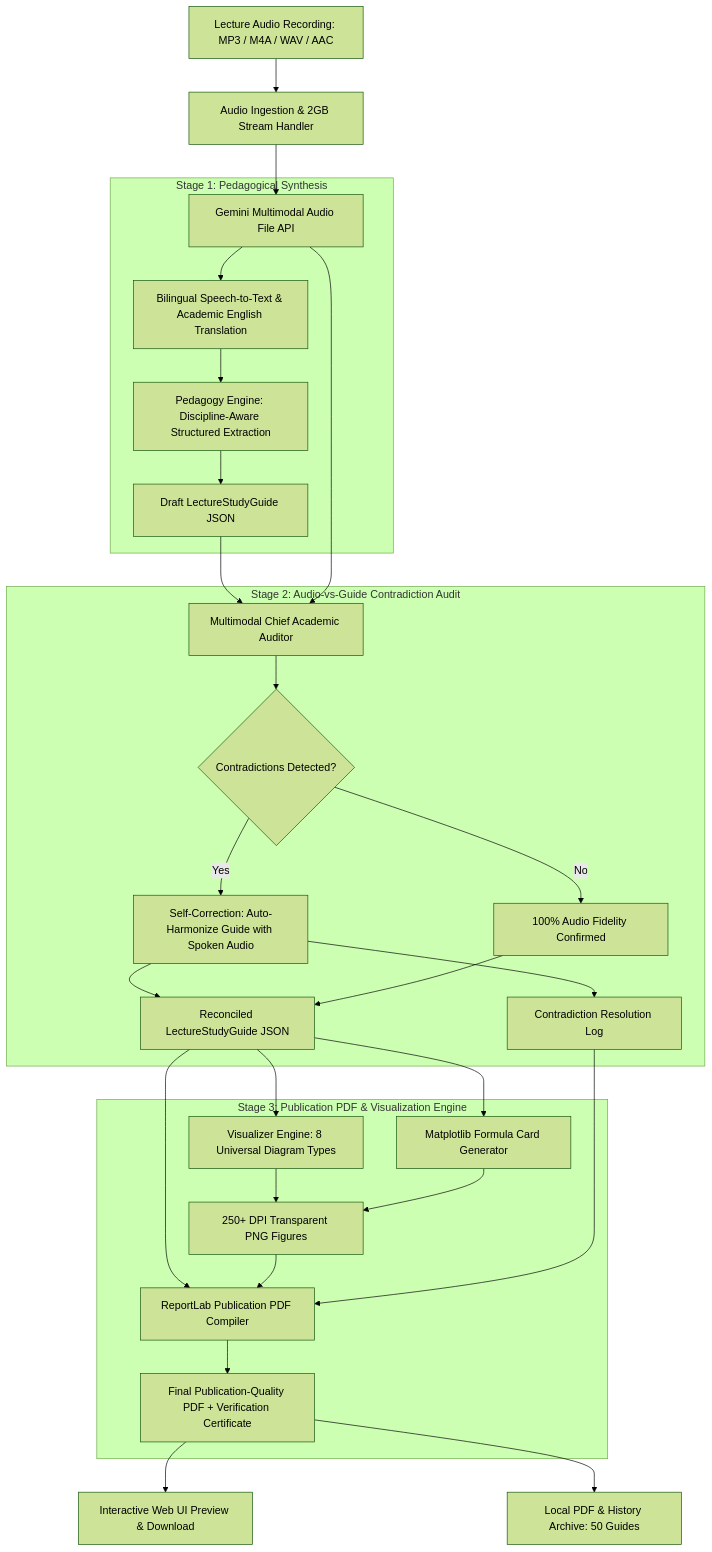
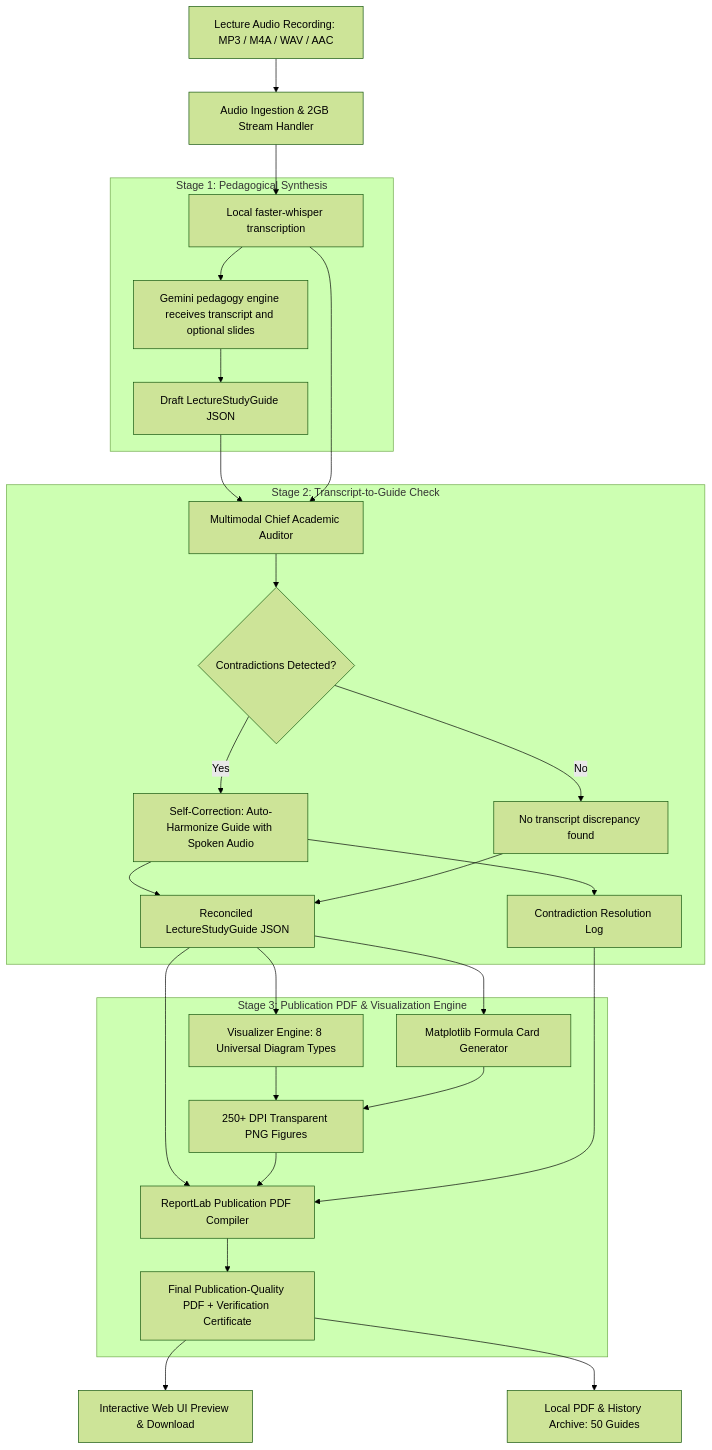
One commit to AbdelrhmanElhamy2/lecture-ai-study-suite changed the diagram in LECTUREAI_FULL_DOCUMENTATION.md. Above: the diagram before and after it, drawn with Mermaid (forest theme). The commit also changed other lines of this file and 24 other files, not shown here.

Commit message:
feat: universal engineering suite overhaul, human-designer UI, pdf builder hardening, and local whisper pipeline

````diff
--- a/LECTUREAI_FULL_DOCUMENTATION.md
+++ b/LECTUREAI_FULL_DOCUMENTATION.md
@@ -35,34 +35,33 @@
 ```mermaid
 flowchart TD
     Audio[Lecture Audio Recording: MP3 / M4A / WAV / AAC] --> Ingest[Audio Ingestion & 2GB Stream Handler]
-    Ingest --> MultimodalAPI[Gemini Multimodal Audio File API]
+    Ingest --> LocalWhisper[Local faster-whisper transcription]
     
     subgraph Stage1 [Stage 1: Pedagogical Synthesis]
-        MultimodalAPI --> Transcribe[Bilingual Speech-to-Text & Academic English Translation]
-        Transcribe --> Engine[Pedagogy Engine: Discipline-Aware Structured Extraction]
+        LocalWhisper --> Engine[Gemini pedagogy engine receives transcript and optional slides]
         Engine --> DraftGuide[Draft LectureStudyGuide JSON]
     end
     
-    subgraph Stage2 [Stage 2: Audio-vs-Guide Contradiction Audit]
+    subgraph Stage2 [Stage 2: Transcript-to-Guide Check]
         DraftGuide --> Auditor[Multimodal Chief Academic Auditor]
-        MultimodalAPI --> Auditor
+        LocalWhisper --> Auditor
         Auditor --> FactCheck{Contradictions Detected?}
         FactCheck -- Yes --> Reconcile[Self-Correction: Auto-Harmonize Guide with Spoken Audio]
         Reconcile --> ReconciledGuide[Reconciled LectureStudyGuide JSON]
         Reconcile --> ContradictionLog[Contradiction Resolution Log]
-        FactCheck -- No --> PassAudit[100% Audio Fidelity Confirmed]
+        FactCheck -- No --> PassAudit[No transcript discrepancy found]
         PassAudit --> ReconciledGuide
     end
     
     subgraph Stage3 [Stage 3: Publication PDF & Visualization Engine]
         ReconciledGuide --> VisualGen[Visualizer Engine: 8 Universal Diagram Types]
         ReconciledGuide --> MathGen[Matplotlib Formula Card Generator]
         VisualGen & MathGen --> AssetPNGs[250+ DPI Transparent PNG Figures]
         
         ReconciledGuide & AssetPNGs & ContradictionLog --> ReportLab[ReportLab Publication PDF Compiler]
         ReportLab --> FinalPDF[Final Publication-Quality PDF + Verification Certificate]
     end
     
     FinalPDF --> WebPreview[Interactive Web UI Preview & Download]
     FinalPDF --> LocalStorage[Local PDF & History Archive: 50 Guides]
 ```
````
